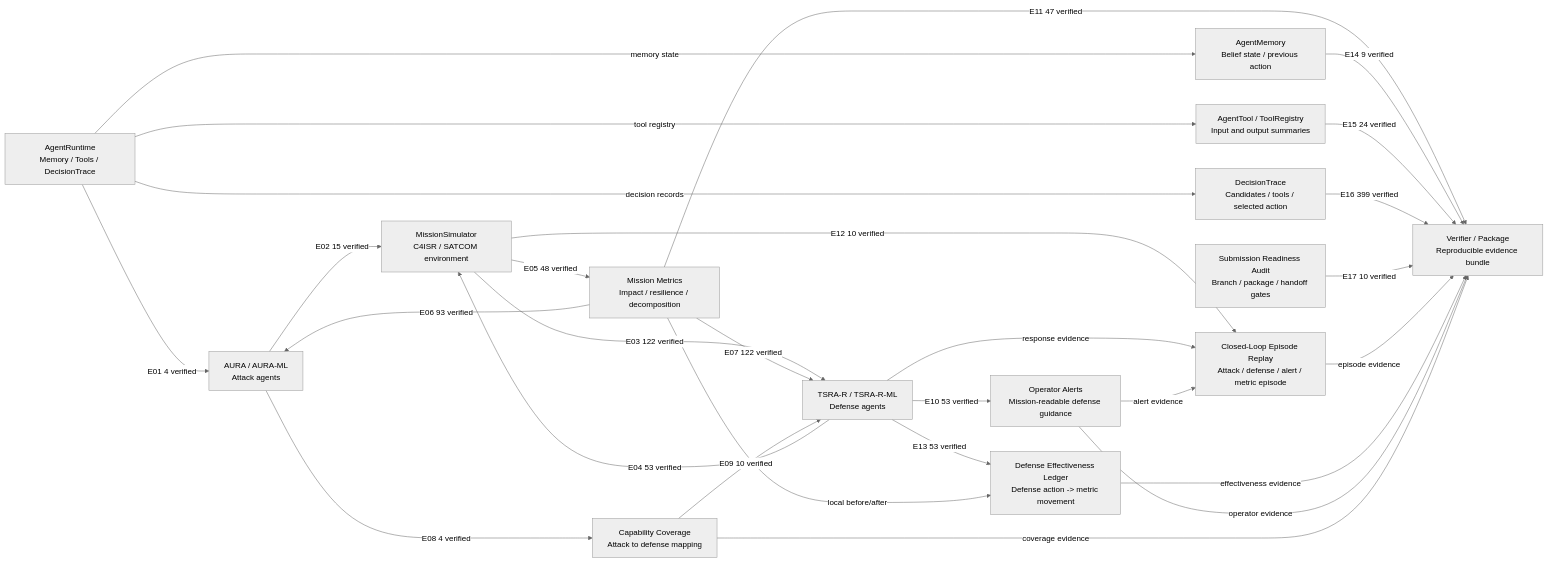
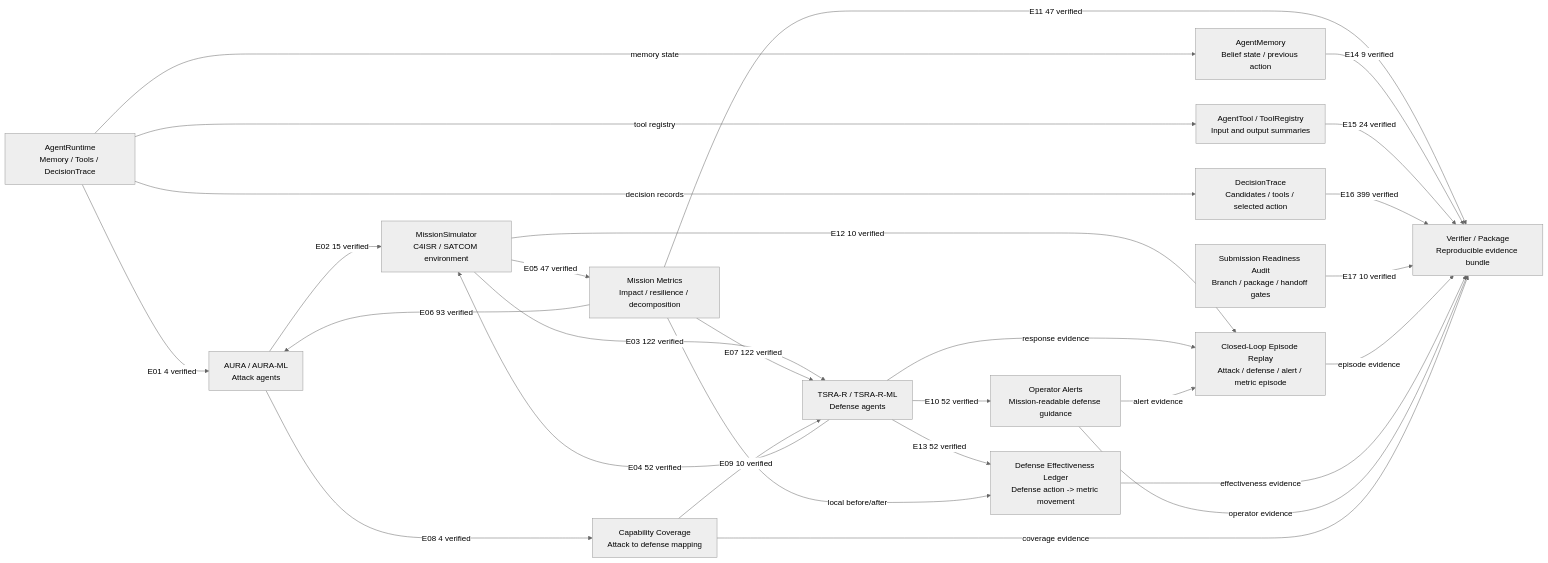
The diagram in outputs/report_tables/agent_collaboration_graph.md (Hbin77/LIG_DAH_AGI), drawn with Mermaid (neutral theme) before and after one commit. The commit also changed other lines of this file and 102 other files, not shown here.

````diff
--- a/outputs/report_tables/agent_collaboration_graph.md
+++ b/outputs/report_tables/agent_collaboration_graph.md
@@ -7,44 +7,44 @@
 ```mermaid
 flowchart LR
   Runtime[AgentRuntime\nMemory / Tools / DecisionTrace]
   Memory[AgentMemory\nBelief state / previous action]
   Tools[AgentTool / ToolRegistry\nInput and output summaries]
   Trace[DecisionTrace\nCandidates / tools / selected action]
   Aura[AURA / AURA-ML\nAttack agents]
   Sim[MissionSimulator\nC4ISR / SATCOM environment]
   Tsra[TSRA-R / TSRA-R-ML\nDefense agents]
   Metrics[Mission Metrics\nImpact / resilience / decomposition]
   Alerts[Operator Alerts\nMission-readable defense guidance]
   Ledger[Defense Effectiveness Ledger\nDefense action -> metric movement]
   Coverage[Capability Coverage\nAttack to defense mapping]
   Replay[Closed-Loop Episode Replay\nAttack / defense / alert / metric episode]
   Readiness[Submission Readiness Audit\nBranch / package / handoff gates]
   Verifier[Verifier / Package\nReproducible evidence bundle]
   Runtime -->|E01 4 verified| Aura
   Runtime -->|memory state| Memory
   Runtime -->|tool registry| Tools
   Runtime -->|decision records| Trace
   Aura -->|E02 15 verified| Sim
   Sim -->|E03 122 verified| Tsra
-  Tsra -->|E04 53 verified| Sim
-  Sim -->|E05 48 verified| Metrics
+  Tsra -->|E04 52 verified| Sim
+  Sim -->|E05 47 verified| Metrics
   Metrics -->|E06 93 verified| Aura
   Metrics -->|E07 122 verified| Tsra
   Aura -->|E08 4 verified| Coverage
   Coverage -->|E09 10 verified| Tsra
-  Tsra -->|E10 53 verified| Alerts
+  Tsra -->|E10 52 verified| Alerts
   Metrics -->|E11 47 verified| Verifier
   Sim -->|E12 10 verified| Replay
-  Tsra -->|E13 53 verified| Ledger
+  Tsra -->|E13 52 verified| Ledger
   Metrics -->|local before/after| Ledger
   Memory -->|E14 9 verified| Verifier
   Tools -->|E15 24 verified| Verifier
   Trace -->|E16 399 verified| Verifier
   Readiness -->|E17 10 verified| Verifier
   Tsra -->|response evidence| Replay
   Alerts -->|alert evidence| Replay
   Replay -->|episode evidence| Verifier
   Ledger -->|effectiveness evidence| Verifier
   Alerts -->|operator evidence| Verifier
   Coverage -->|coverage evidence| Verifier
 ```
````
